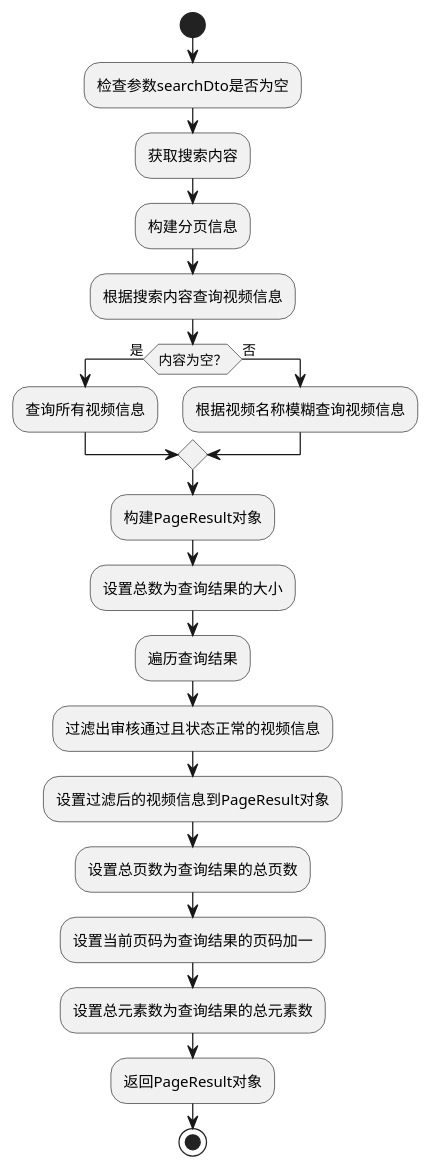
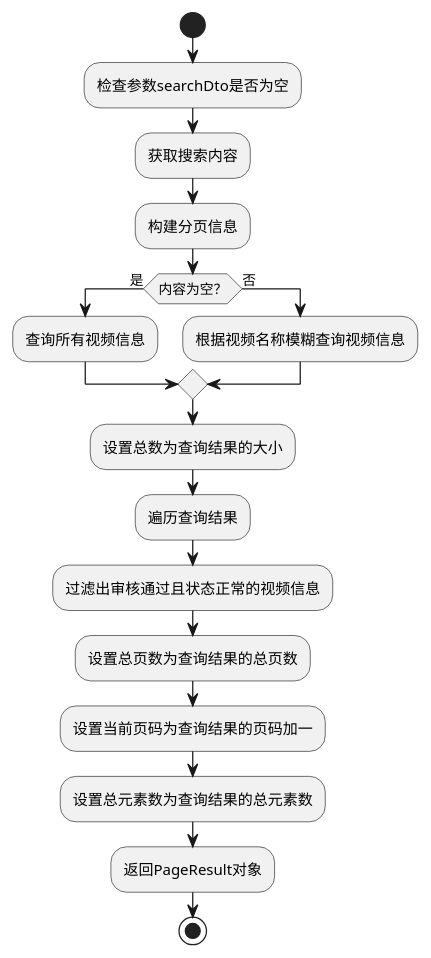
Before and after one commit to yin-git-hub/expecto-patronum: the diagram in sql/5.puml, drawn with PlantUML. The commit also changed 3 other files, not shown here.

```diff
--- a/sql/5.puml
+++ b/sql/5.puml
@@ -1,26 +1,23 @@
 @startuml
 
 start
 
 :检查参数searchDto是否为空;
 :获取搜索内容;
 :构建分页信息;
-:根据搜索内容查询视频信息;
 if (内容为空？) then (是)
     :查询所有视频信息;
 else (否)
     :根据视频名称模糊查询视频信息;
 endif
-:构建PageResult对象;
 :设置总数为查询结果的大小;
 :遍历查询结果;
 :过滤出审核通过且状态正常的视频信息;
-:设置过滤后的视频信息到PageResult对象;
 :设置总页数为查询结果的总页数;
 :设置当前页码为查询结果的页码加一;
 :设置总元素数为查询结果的总元素数;
 :返回PageResult对象;
 
 stop
 
 @enduml
```
